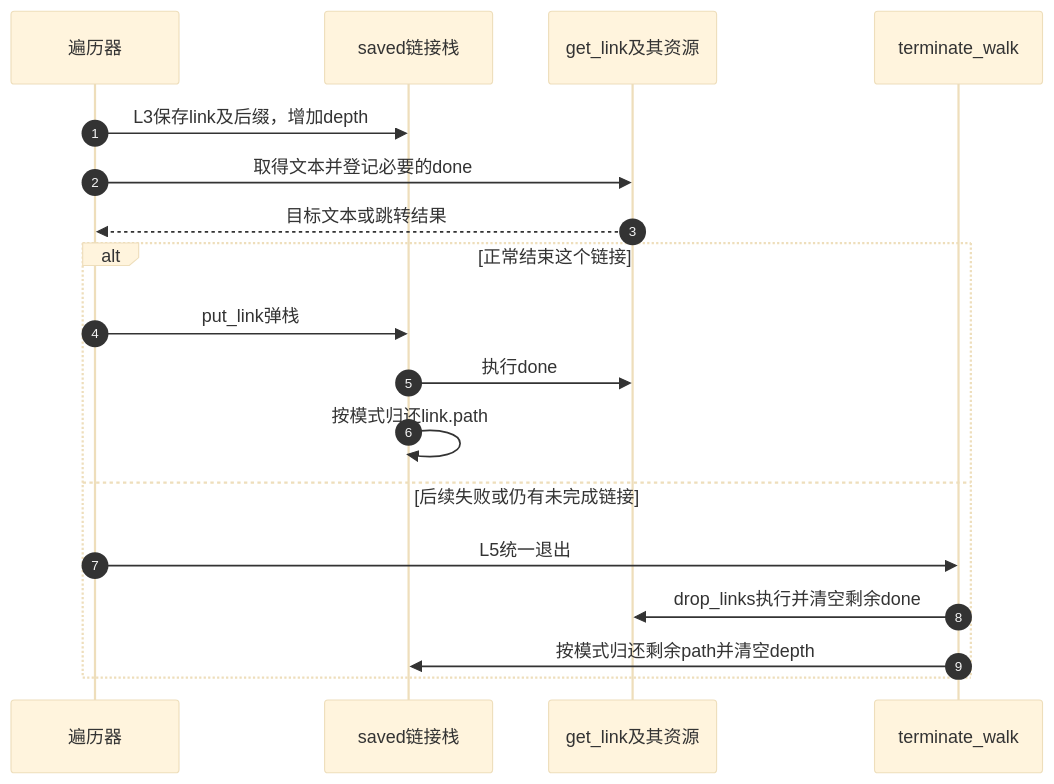
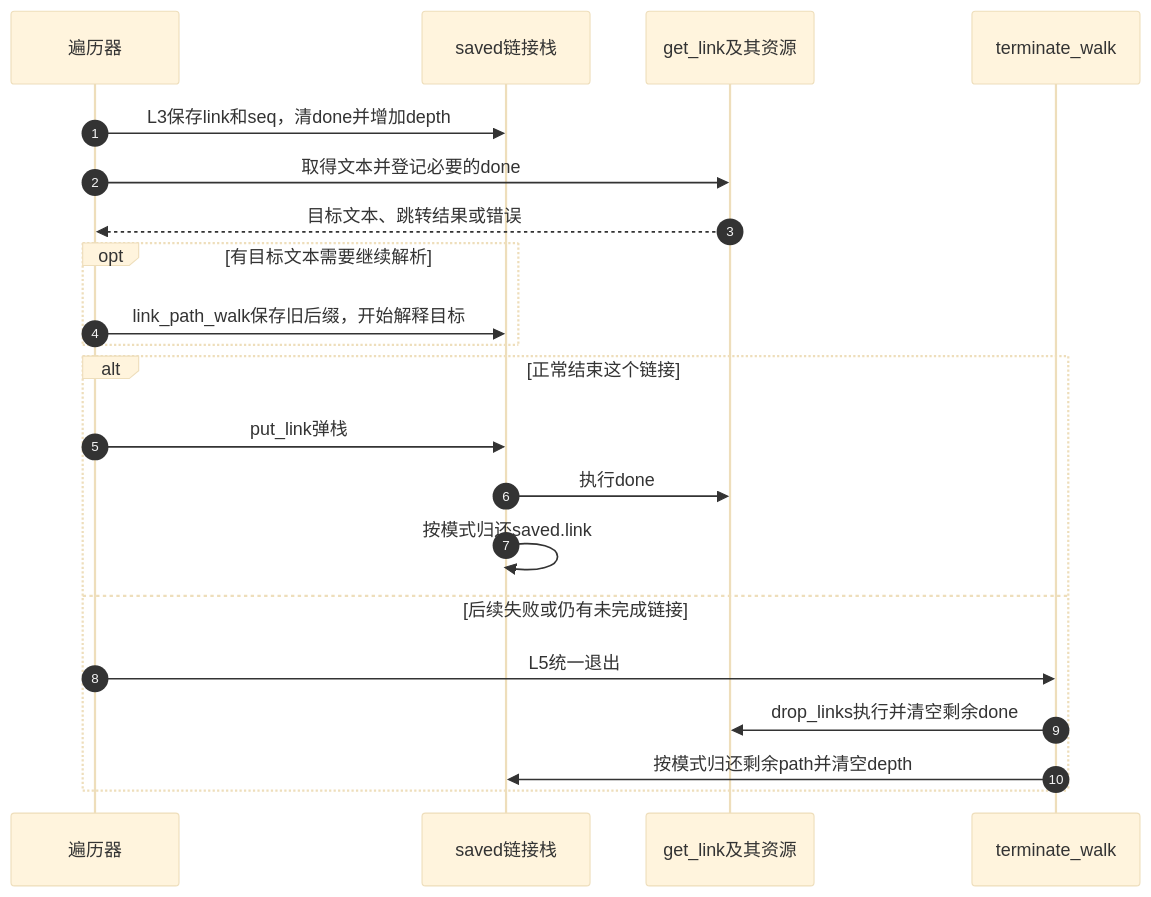
The second of 3 diagrams in research/source_reading/vfs/source_explanations/P15_符号链接的文本栈与路径跳转.md (FormingSystem/linux_note), drawn with Mermaid (base theme) before and after one commit. The commit also changed other lines of this file and 5 other files, not shown here.

````diff
--- a/research/source_reading/vfs/source_explanations/P15_符号链接的文本栈与路径跳转.md
+++ b/research/source_reading/vfs/source_explanations/P15_符号链接的文本栈与路径跳转.md
@@ -261,20 +325,23 @@
 ```mermaid
 sequenceDiagram
     autonumber
     participant W as 遍历器
     participant S as saved链接栈
     participant F as get_link及其资源
     participant T as terminate_walk
-    W->>S: L3保存link及后缀，增加depth
+    W->>S: L3保存link和seq，清done并增加depth
     W->>F: 取得文本并登记必要的done
-    F-->>W: 目标文本或跳转结果
+    F-->>W: 目标文本、跳转结果或错误
+    opt 有目标文本需要继续解析
+        W->>S: link_path_walk保存旧后缀，开始解释目标
+    end
     alt 正常结束这个链接
         W->>S: put_link弹栈
         S->>F: 执行done
-        S->>S: 按模式归还link.path
+        S->>S: 按模式归还saved.link
     else 后续失败或仍有未完成链接
         W->>T: L5统一退出
         T->>F: drop_links执行并清空剩余done
         T->>S: 按模式归还剩余path并清空depth
     end
 ```
````
